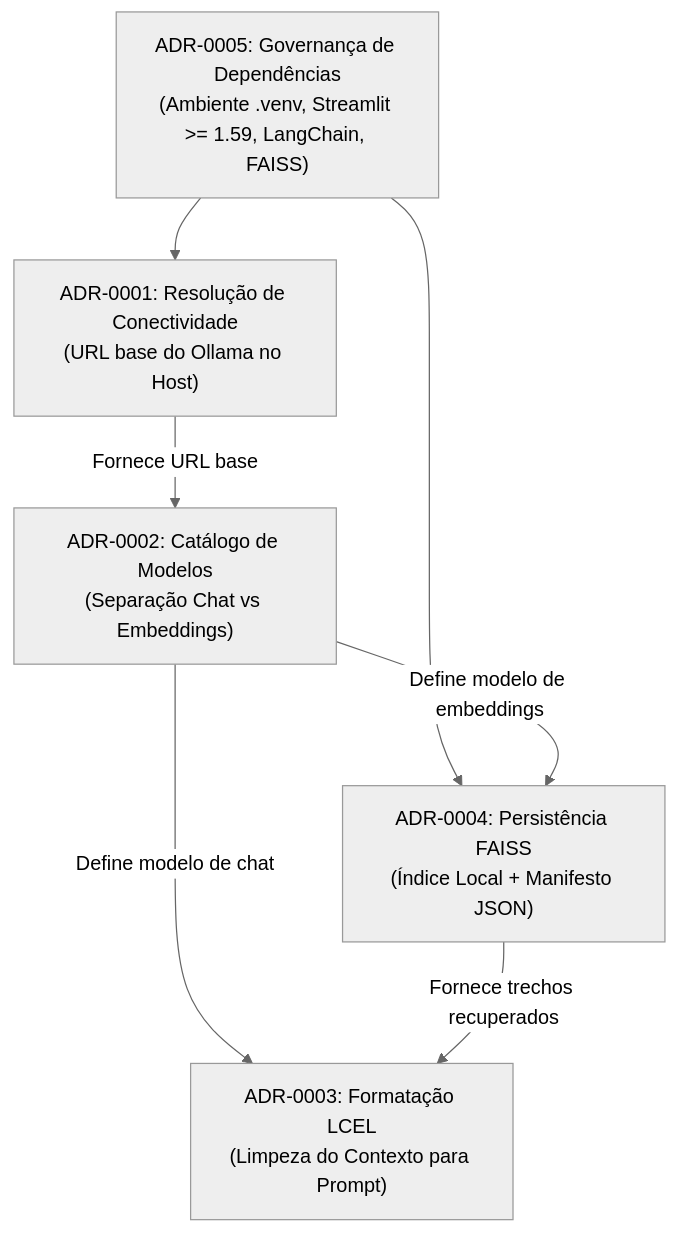
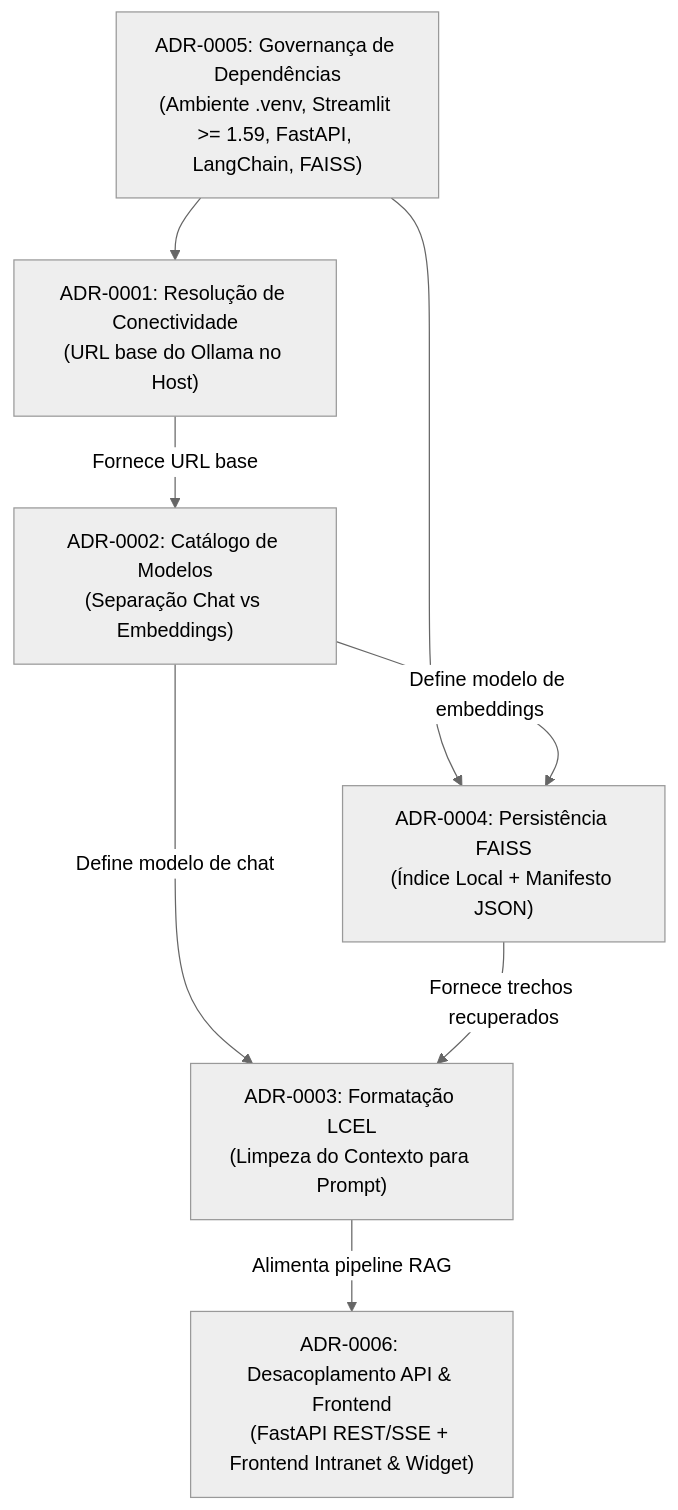
One commit to niqueborges/agente-ia-rh changed the diagram in docs/adr/README.md. Above: the diagram before and after it, drawn with Mermaid (neutral theme). The commit also changed other lines of this file and 15 other files, not shown here.

Commit message:
feat(api): decouple RAG with FastAPI REST/SSE backend and independent intranet frontend (ADR-0006)

````diff
--- a/docs/adr/README.md
+++ b/docs/adr/README.md
@@ -36,15 +37,17 @@
 ```mermaid
 flowchart TD
-    ADR0005["ADR-0005: Governança de Dependências<br/>(Ambiente .venv, Streamlit >= 1.59, LangChain, FAISS)"]
+    ADR0005["ADR-0005: Governança de Dependências<br/>(Ambiente .venv, Streamlit >= 1.59, FastAPI, LangChain, FAISS)"]
     ADR0001["ADR-0001: Resolução de Conectividade<br/>(URL base do Ollama no Host)"]
     ADR0002["ADR-0002: Catálogo de Modelos<br/>(Separação Chat vs Embeddings)"]
     ADR0004["ADR-0004: Persistência FAISS<br/>(Índice Local + Manifesto JSON)"]
     ADR0003["ADR-0003: Formatação LCEL<br/>(Limpeza do Contexto para Prompt)"]
+    ADR0006["ADR-0006: Desacoplamento API & Frontend<br/>(FastAPI REST/SSE + Frontend Intranet & Widget)"]
 
     ADR0005 --> ADR0001
     ADR0005 --> ADR0004
     ADR0001 -->|Fornece URL base| ADR0002
     ADR0002 -->|Define modelo de embeddings| ADR0004
     ADR0002 -->|Define modelo de chat| ADR0003
     ADR0004 -->|Fornece trechos recuperados| ADR0003
+    ADR0003 -->|Alimenta pipeline RAG| ADR0006
 ```
````
